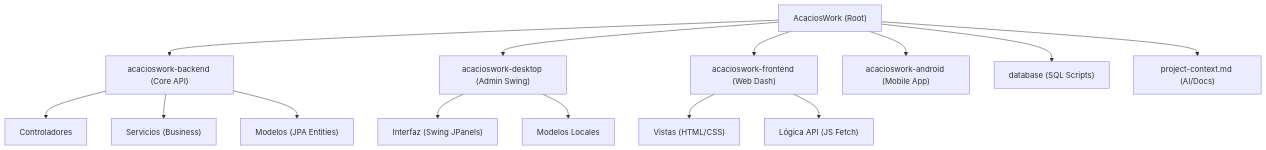
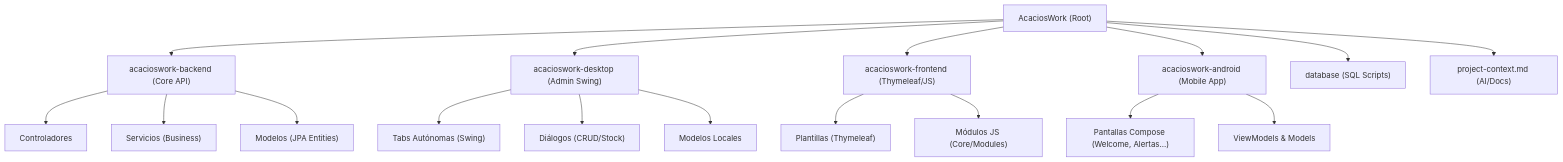
The fourth of 8 diagrams in arquitectura_acacioswork.md (andresrubiel123/AcaciosWork), drawn with Mermaid before and after one commit. The commit also changed other lines of this file and 1029 other files, not shown here.

````diff
--- a/arquitectura_acacioswork.md
+++ b/arquitectura_acacioswork.md
@@ -116,21 +116,25 @@
 ```mermaid
 graph TD
     Root["AcaciosWork (Root)"]
     
     Root --> BE["acacioswork-backend (Core API)"]
     Root --> DE["acacioswork-desktop (Admin Swing)"]
-    Root --> FE["acacioswork-frontend (Web Dash)"]
+    Root --> FE["acacioswork-frontend (Thymeleaf/JS)"]
     Root --> AN["acacioswork-android (Mobile App)"]
     Root --> DB_S["database (SQL Scripts)"]
     Root --> CTX["project-context.md (AI/Docs)"]
 
     BE --> BE_CTRL["Controladores"]
     BE --> BE_SRV["Servicios (Business)"]
     BE --> BE_MOD["Modelos (JPA Entities)"]
 
-    DE --> DE_UI["Interfaz (Swing JPanels)"]
+    DE --> DE_TABS["Tabs Autónomas (Swing)"]
+    DE --> DE_DLG["Diálogos (CRUD/Stock)"]
     DE --> DE_MOD["Modelos Locales"]
 
-    FE --> FE_HTML["Vistas (HTML/CSS)"]
-    FE --> FE_JS["Lógica API (JS Fetch)"]
+    FE --> FE_TMPL["Plantillas (Thymeleaf)"]
+    FE --> FE_JS["Módulos JS (Core/Modules)"]
+
+    AN --> AN_UI["Pantallas Compose (Welcome, Alertas...)"]
+    AN --> AN_VM["ViewModels & Models"]
 ```
````
